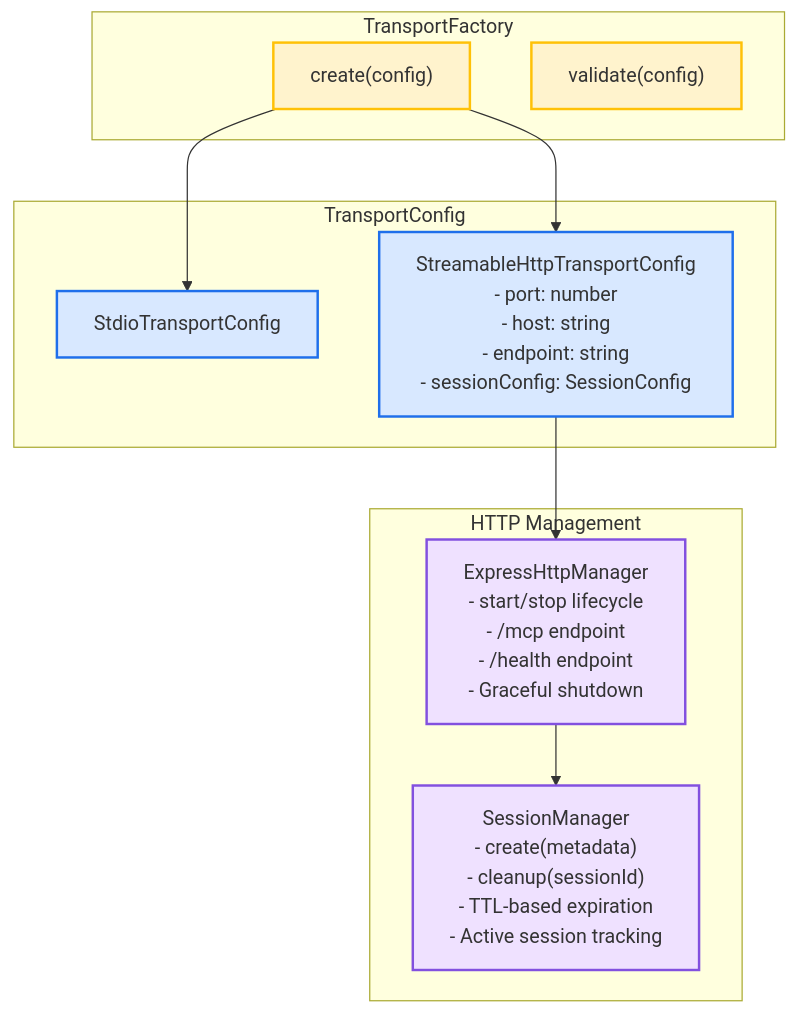
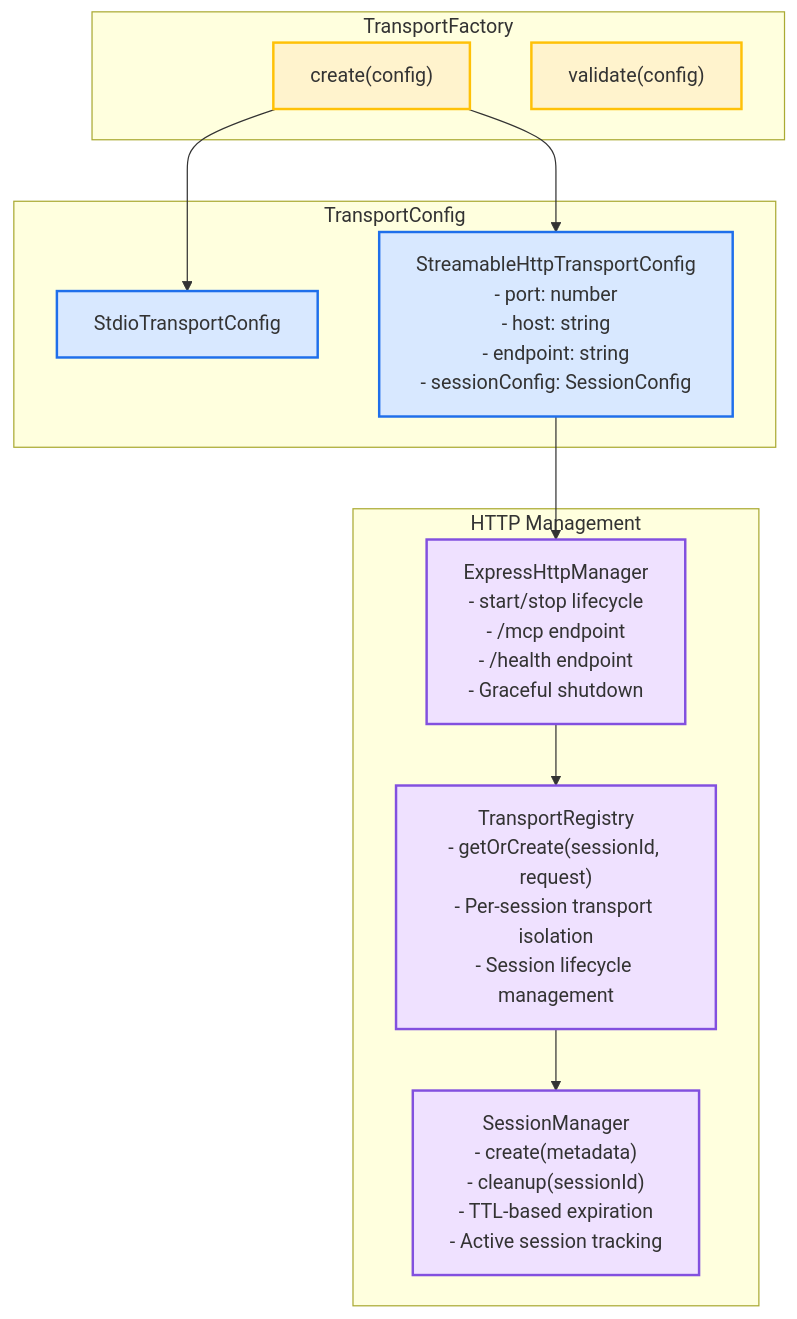
Before and after one commit to 8beeeaaat/touchdesigner-mcp: the sixth of 9 diagrams in docs/architecture.md, drawn with Mermaid. The commit also changed other lines of this file, not shown here.

Commit message:
docs: update architecture documentation for TransportRegistry and multi-session support

````diff
--- a/docs/architecture.md
+++ b/docs/architecture.md
@@ -250,29 +249,31 @@
 ```mermaid
 graph TB
     subgraph Factory ["TransportFactory"]
         F1["create(config)"]
         F2["validate(config)"]
     end
 
     subgraph Config ["TransportConfig"]
         C1["StdioTransportConfig"]
         C2["StreamableHttpTransportConfig<br/>- port: number<br/>- host: string<br/>- endpoint: string<br/>- sessionConfig: SessionConfig"]
     end
 
     subgraph HTTP ["HTTP Management"]
         H1["ExpressHttpManager<br/>- start/stop lifecycle<br/>- /mcp endpoint<br/>- /health endpoint<br/>- Graceful shutdown"]
-        H2["SessionManager<br/>- create(metadata)<br/>- cleanup(sessionId)<br/>- TTL-based expiration<br/>- Active session tracking"]
+        H2["TransportRegistry<br/>- getOrCreate(sessionId, request)<br/>- Per-session transport isolation<br/>- Session lifecycle management"]
+        H3["SessionManager<br/>- create(metadata)<br/>- cleanup(sessionId)<br/>- TTL-based expiration<br/>- Active session tracking"]
     end
 
     F1 --> C1 & C2
     C2 --> H1
     H1 --> H2
+    H2 --> H3
 
     classDef factory fill:#fff3cd,stroke:#ffc107,stroke-width:2px
     classDef config fill:#d8e8ff,stroke:#1f6feb,stroke-width:2px
     classDef http fill:#efe1ff,stroke:#8250df,stroke-width:2px
 
     class F1,F2 factory
     class C1,C2 config
-    class H1,H2 http
+    class H1,H2,H3 http
 ```
````
